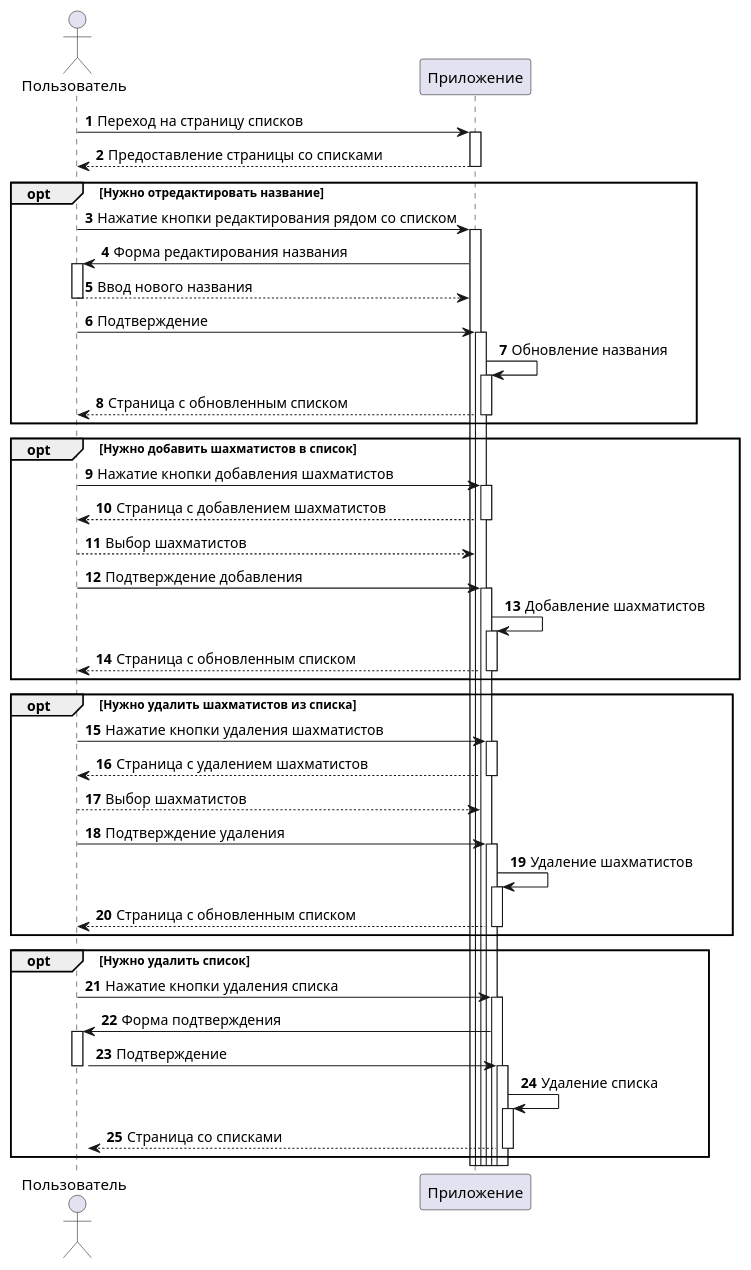
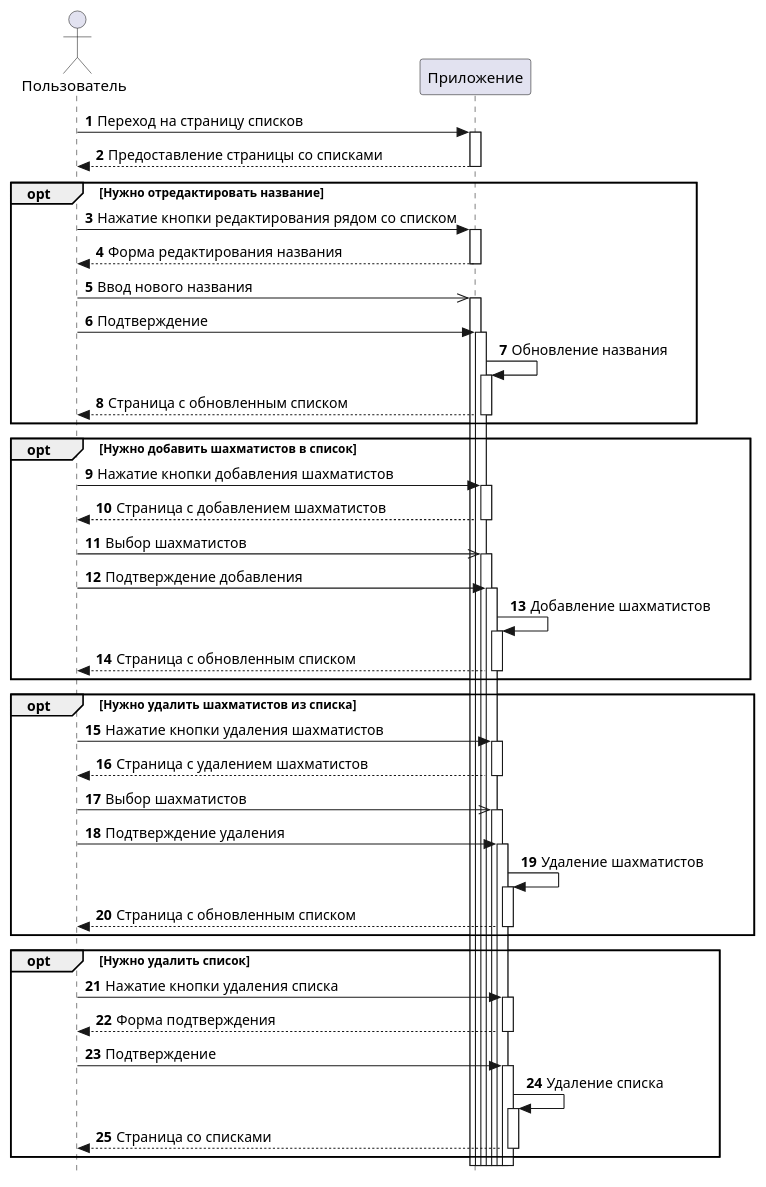
The sixth of 6 diagrams in docs/ui-sequences.puml (AleksanderNekr/LichessAnalyzer), drawn with PlantUML before and after one commit. The commit also changed other lines of this file and 2 other files, not shown here.

```diff
--- a/docs/ui-sequences.puml
+++ b/docs/ui-sequences.puml
@@ -217,48 +239,51 @@
 @startuml edit-list
+
+skinparam {
+    style strictuml
+}
 
 autonumber
 autoactivate on
 
 actor "Пользователь" as user
 participant "Приложение" as app
 
 user -> app: Переход на страницу списков
 app --> user: Предоставление страницы со списками
 
 opt Нужно отредактировать название
     user -> app: Нажатие кнопки редактирования рядом со списком
-    app -> user: Форма редактирования названия
-    user --> app: Ввод нового названия
+    app --> user: Форма редактирования названия
+    user ->> app: Ввод нового названия
     user -> app: Подтверждение
     app -> app:  Обновление названия
     app --> user: Страница с обновленным списком
 end
 
 opt Нужно добавить шахматистов в список
     user -> app: Нажатие кнопки добавления шахматистов
     app --> user: Страница с добавлением шахматистов
-    user --> app: Выбор шахматистов
+    user ->> app: Выбор шахматистов
     user -> app: Подтверждение добавления
     app -> app: Добавление шахматистов
     app --> user: Страница с обновленным списком
 end
 
 opt Нужно удалить шахматистов из списка
     user -> app: Нажатие кнопки удаления шахматистов
     app --> user: Страница с удалением шахматистов
-    user --> app: Выбор шахматистов
+    user ->> app: Выбор шахматистов
     user -> app: Подтверждение удаления
     app -> app: Удаление шахматистов
     app --> user: Страница с обновленным списком
 end
 
 opt Нужно удалить список
     user -> app: Нажатие кнопки удаления списка
-    app -> user: Форма подтверждения
+    app --> user: Форма подтверждения
     user -> app: Подтверждение
-    activate user
     app -> app: Удаление списка
     app --> user: Страница со списками
 end
 
 @enduml
```
